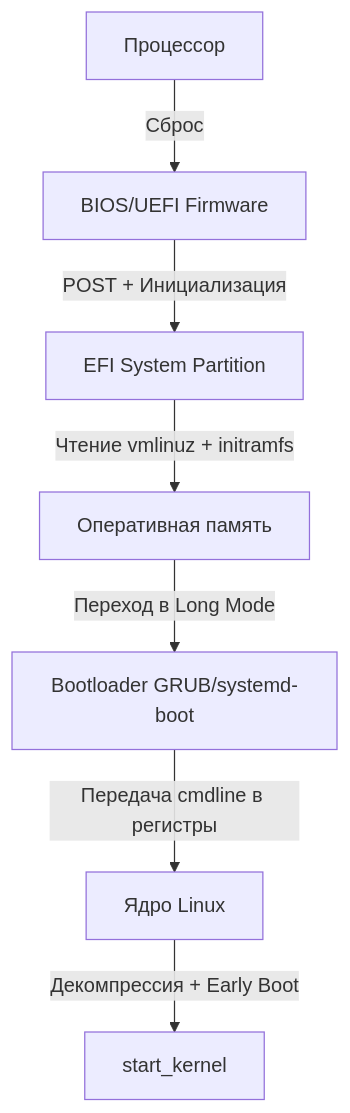
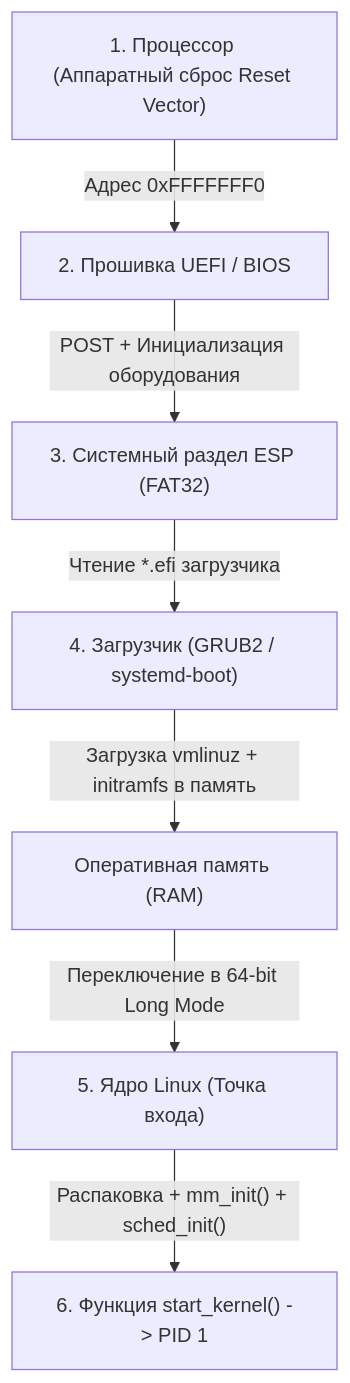
Before and after one commit to UnrealTemplier/go-textbook: the diagram in sources/2. Устройство и работа ОС/4. Загрузка компьютера. BIOS, UEFI, Bootloader и старт ядра.md, drawn with Mermaid. The commit also changed other lines of this file, not shown here.

Commit message:
feat(module-02): editorial rewrite of Lecture 4 (Computer Boot Process: BIOS, UEFI, Bootloader, Kernel Start) in Kernighan style

````diff
--- a/sources/2. Устройство и работа ОС/4. Загрузка компьютера. BIOS, UEFI, Bootloader и старт ядра.md
+++ b/sources/2. Устройство и работа ОС/4. Загрузка компьютера. BIOS, UEFI, Bootloader и старт ядра.md
@@ -43,9 +63,9 @@
 ```mermaid
 flowchart TD
-    CPU[Процессор] -->|Сброс| BIOS[BIOS/UEFI Firmware]
-    BIOS -->|POST + Инициализация| ESP[EFI System Partition]
-    ESP -->|Чтение vmlinuz + initramfs| RAM[Оперативная память]
-    RAM -->|Переход в Long Mode| Bootloader[Bootloader GRUB/systemd-boot]
-    Bootloader -->|Передача cmdline в регистры| Kernel[Ядро Linux]
-    Kernel -->|Декомпрессия + Early Boot| start_kernel[start_kernel]
+    CPU["1. Процессор (Аппаратный сброс Reset Vector)"] -->|"Адрес 0xFFFFFFF0"| BIOS["2. Прошивка UEFI / BIOS"]
+    BIOS -->|"POST + Инициализация оборудования"| ESP["3. Системный раздел ESP (FAT32)"]
+    ESP -->|"Чтение *.efi загрузчика"| Bootloader["4. Загрузчик (GRUB2 / systemd-boot)"]
+    Bootloader -->|"Загрузка vmlinuz + initramfs в память"| RAM["Оперативная память (RAM)"]
+    RAM -->|"Переключение в 64-bit Long Mode"| Kernel["5. Ядро Linux (Точка входа)"]
+    Kernel -->|"Распаковка + mm_init() + sched_init()"| StartKernel["6. Функция start_kernel() -> PID 1"]
 ```
````
